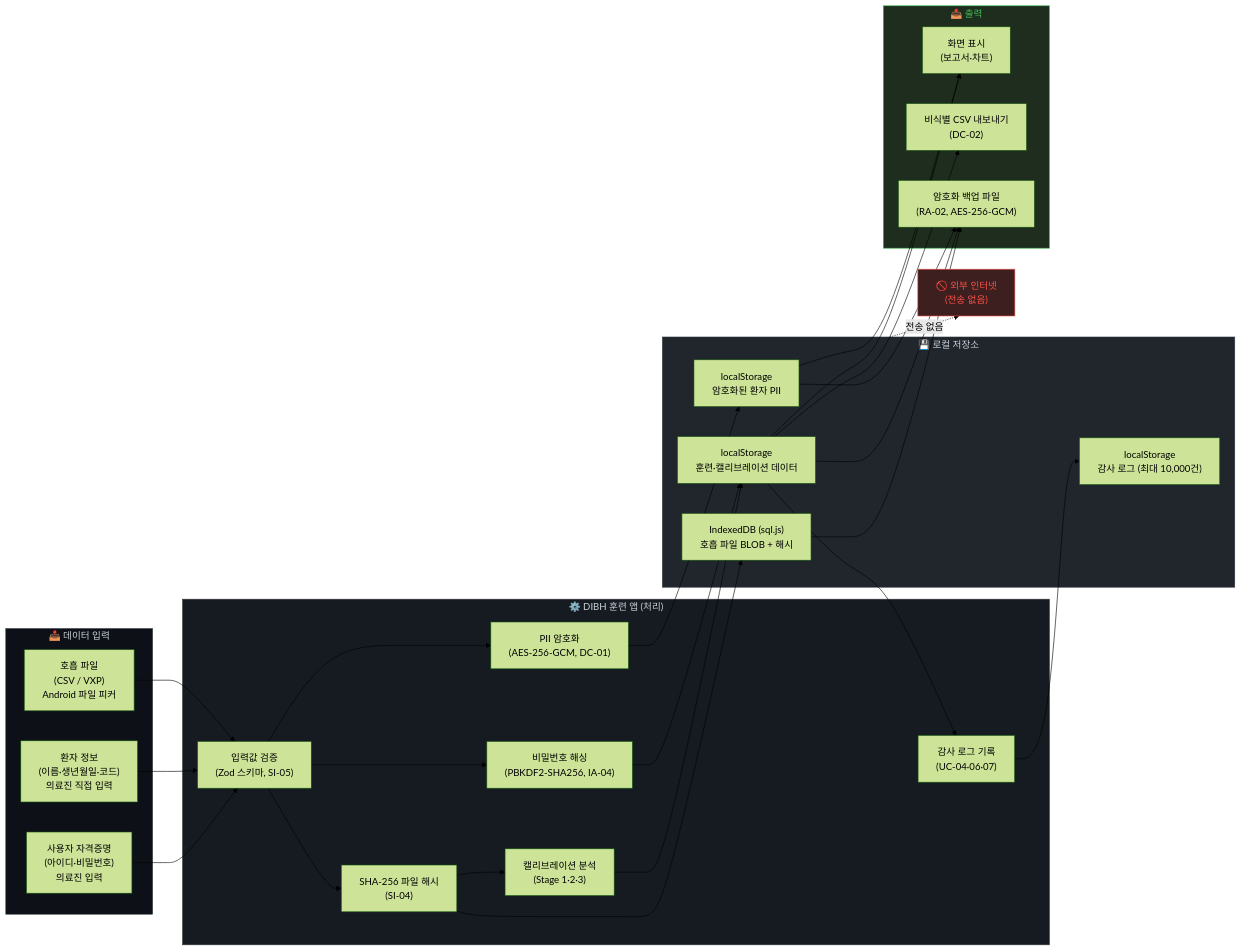
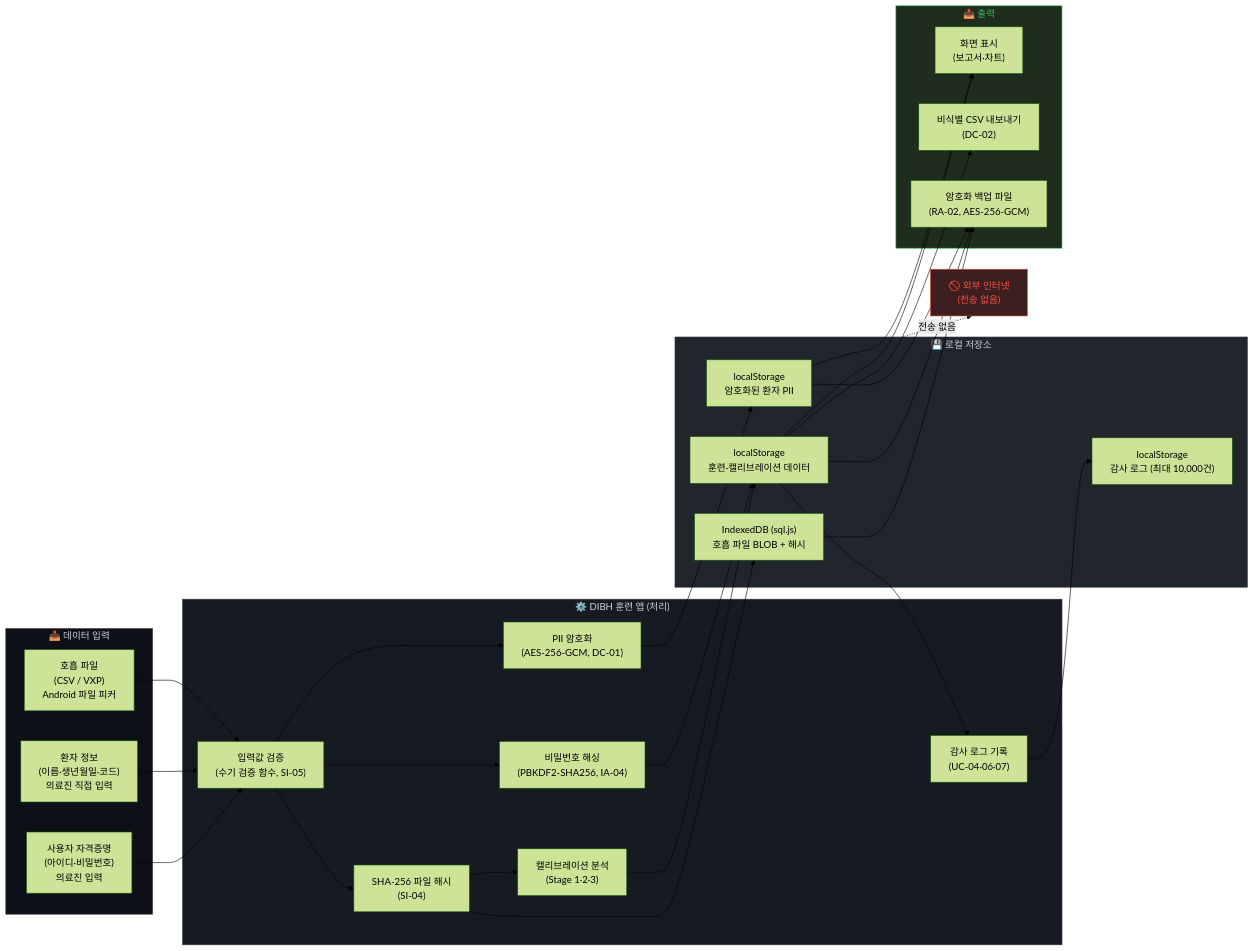
The fourth of 4 diagrams in docs/submission/사이버보안-준수명세서-작성내용.md (dgholmes/dibh-training-system-lic-v1), drawn with Mermaid (forest theme) before and after one commit. The commit also changed other lines of this file and 33 other files, not shown here.

````diff
--- a/docs/submission/사이버보안-준수명세서-작성내용.md
+++ b/docs/submission/사이버보안-준수명세서-작성내용.md
@@ -409,49 +410,49 @@
 ```mermaid
 flowchart LR
     subgraph Input["📥 데이터 입력"]
         F1["호흡 파일\n(CSV / VXP)\nAndroid 파일 피커"]
         F2["환자 정보\n(이름·생년월일·코드)\n의료진 직접 입력"]
         F3["사용자 자격증명\n(아이디·비밀번호)\n의료진 입력"]
     end
 
     subgraph App["⚙️ DIBH 훈련 앱 (처리)"]
-        P1["입력값 검증\n(Zod 스키마, SI-05)"]
+        P1["입력값 검증\n(수기 검증 함수, SI-05)"]
         P2["PII 암호화\n(AES-256-GCM, DC-01)"]
         P3["비밀번호 해싱\n(PBKDF2-SHA256, IA-04)"]
         P4["SHA-256 파일 해시\n(SI-04)"]
         P5["캘리브레이션 분석\n(Stage 1·2·3)"]
         P6["감사 로그 기록\n(UC-04·06·07)"]
     end
 
     subgraph Storage["💾 로컬 저장소"]
         S1["localStorage\n암호화된 환자 PII"]
         S2["localStorage\n훈련·캘리브레이션 데이터"]
         S3["localStorage\n감사 로그 (최대 10,000건)"]
         S4["IndexedDB (sql.js)\n호흡 파일 BLOB + 해시"]
     end
 
     subgraph Output["📤 출력"]
         O1["화면 표시\n(보고서·차트)"]
         O2["비식별 CSV 내보내기\n(DC-02)"]
         O3["암호화 백업 파일\n(RA-02, AES-256-GCM)"]
     end
 
     F1 --> P1 --> P4 --> S4
     F2 --> P1 --> P2 --> S1
     F3 --> P1 --> P3 --> S2
     P4 --> P5 --> S2
     S2 --> P6 --> S3
     S1 --> O1
     S2 --> O1
     S2 --> O2
     S1 & S2 & S4 --> O3
 
     Internet["🚫 외부 인터넷\n(전송 없음)"]
     Storage -.->|"전송 없음"| Internet
 
     style Input fill:#0d1117,stroke:#30363d,color:#c9d1d9
     style App fill:#161b22,stroke:#30363d,color:#c9d1d9
     style Storage fill:#21262d,stroke:#30363d,color:#c9d1d9
     style Output fill:#1f2d1f,stroke:#3fb950,color:#3fb950
     style Internet fill:#3d1f1f,stroke:#f85149,color:#f85149
 ```
````
